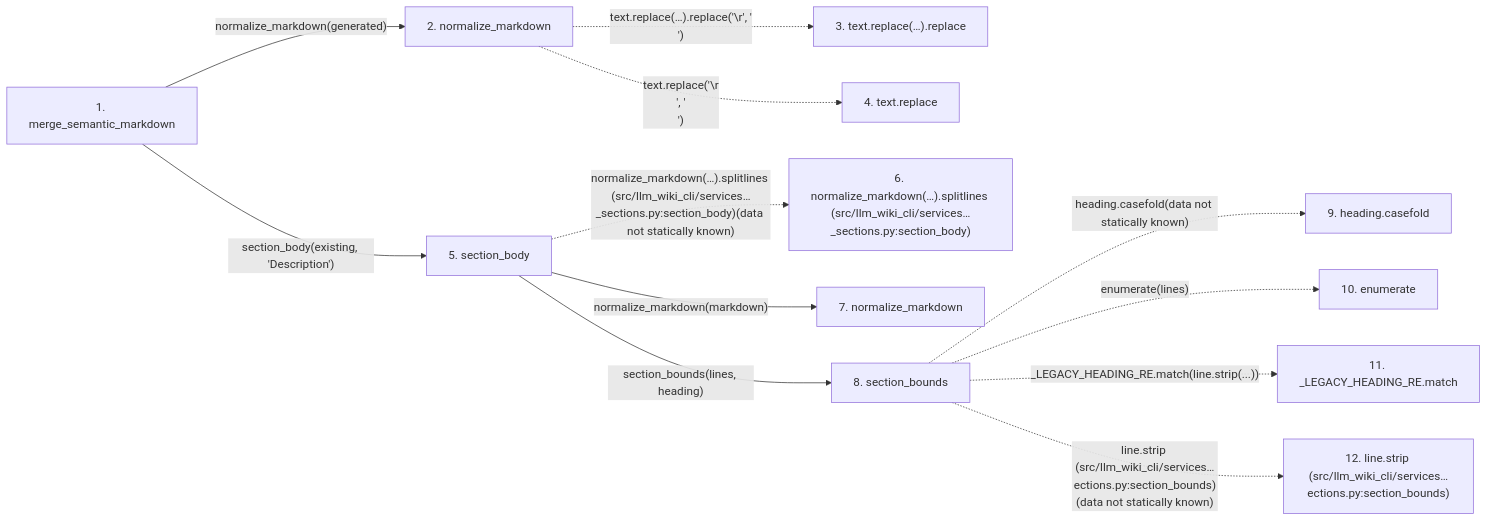
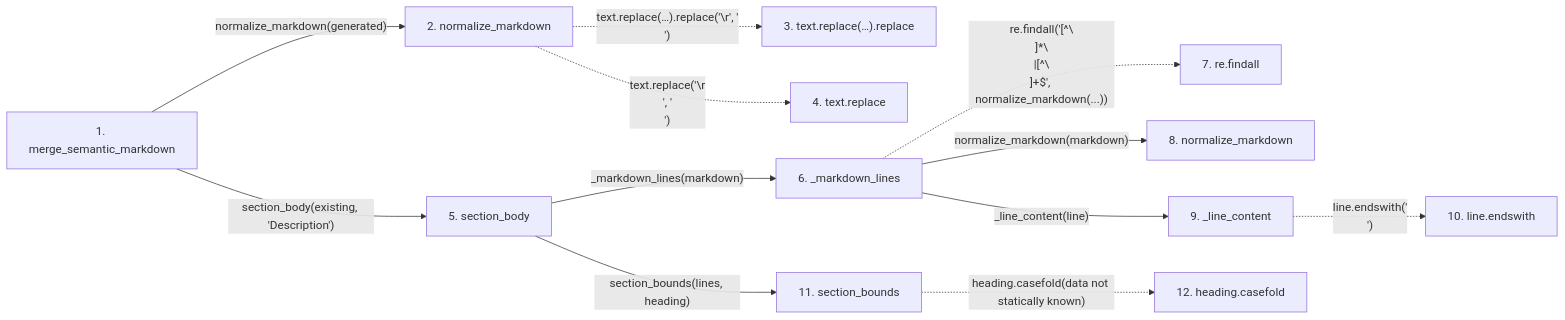
One commit to Denissvgn/python-wiki-llm changed the second of 2 diagrams in docs/llm_wiki/flows/api-merge_semantic_markdown.md. Above: the diagram before and after it, drawn with Mermaid. The commit also changed other lines of this file and 292 other files, not shown here.

````diff
--- a/docs/llm_wiki/flows/api-merge_semantic_markdown.md
+++ b/docs/llm_wiki/flows/api-merge_semantic_markdown.md
@@ -99,31 +98,33 @@
 ```mermaid
 flowchart LR
     s1["1. merge_semantic_markdown"]
     s2["2. normalize_markdown"]
     s3["3. text.replace(…).replace"]
     s4["4. text.replace"]
     s5["5. section_body"]
-    s6["6. normalize_markdown(…).splitlines (src/llm_wiki_cli/services…_sections.py:section_body)"]
-    s7["7. normalize_markdown"]
-    s8["8. section_bounds"]
-    s9["9. heading.casefold"]
-    s10["10. enumerate"]
-    s11["11. _LEGACY_HEADING_RE.match"]
-    s12["12. line.strip (src/llm_wiki_cli/services…ections.py:section_bounds)"]
+    s6["6. _markdown_lines"]
+    s7["7. re.findall"]
+    s8["8. normalize_markdown"]
+    s9["9. _line_content"]
+    s10["10. line.endswith"]
+    s11["11. section_bounds"]
+    s12["12. heading.casefold"]
     s1 -->|"normalize_markdown(generated)"| s2
     s2 -. "text.replace(…).replace('\r', '\n')" .-> s3
     s2 -. "text.replace('\r\n', '\n')" .-> s4
     s1 -->|"section_body(existing, 'Description')"| s5
-    s5 -. "normalize_markdown(…).splitlines (src/llm_wiki_cli/services…_sections.py:section_body)(data not statically known)" .-> s6
-    s5 -->|"normalize_markdown(markdown)"| s7
-    s5 -->|"section_bounds(lines, heading)"| s8
-    s8 -. "heading.casefold(data not statically known)" .-> s9
-    s8 -. "enumerate(lines)" .-> s10
-    s8 -. "_LEGACY_HEADING_RE.match(line.strip(...))" .-> s11
-    s8 -. "line.strip (src/llm_wiki_cli/services…ections.py:section_bounds)(data not statically known)" .-> s12
+    s5 -->|"_markdown_lines(markdown)"| s6
+    s6 -. "re.findall('[^\\n]*\\n|[^\\n]+$', normalize_markdown(...))" .-> s7
+    s6 -->|"normalize_markdown(markdown)"| s8
+    s6 -->|"_line_content(line)"| s9
+    s9 -. "line.endswith('\n')" .-> s10
+    s5 -->|"section_bounds(lines, heading)"| s11
+    s11 -. "heading.casefold(data not statically known)" .-> s12
     click s1 "../modules/section_ownership.md"
     click s2 "../modules/markdown_sections.md"
     click s5 "../modules/markdown_sections.md"
-    click s7 "../modules/markdown_sections.md"
+    click s6 "../modules/markdown_sections.md"
     click s8 "../modules/markdown_sections.md"
+    click s9 "../modules/markdown_sections.md"
+    click s11 "../modules/markdown_sections.md"
 ```
````
